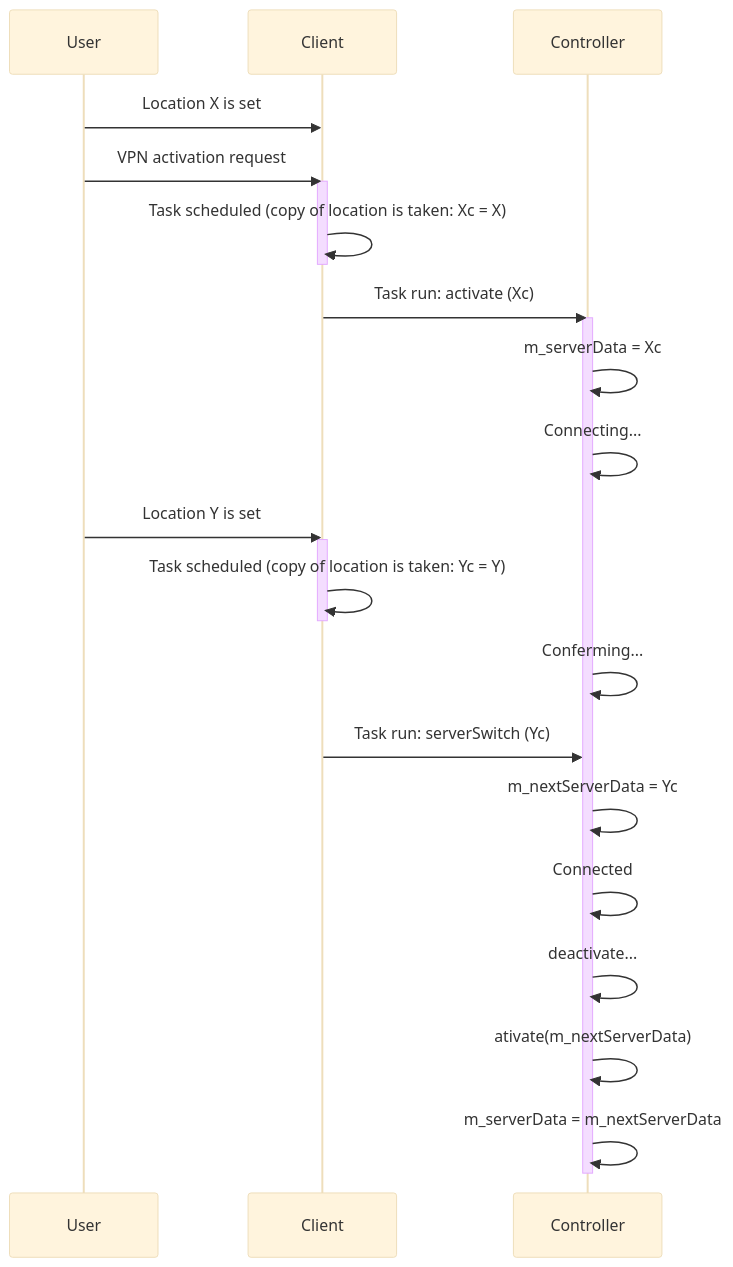
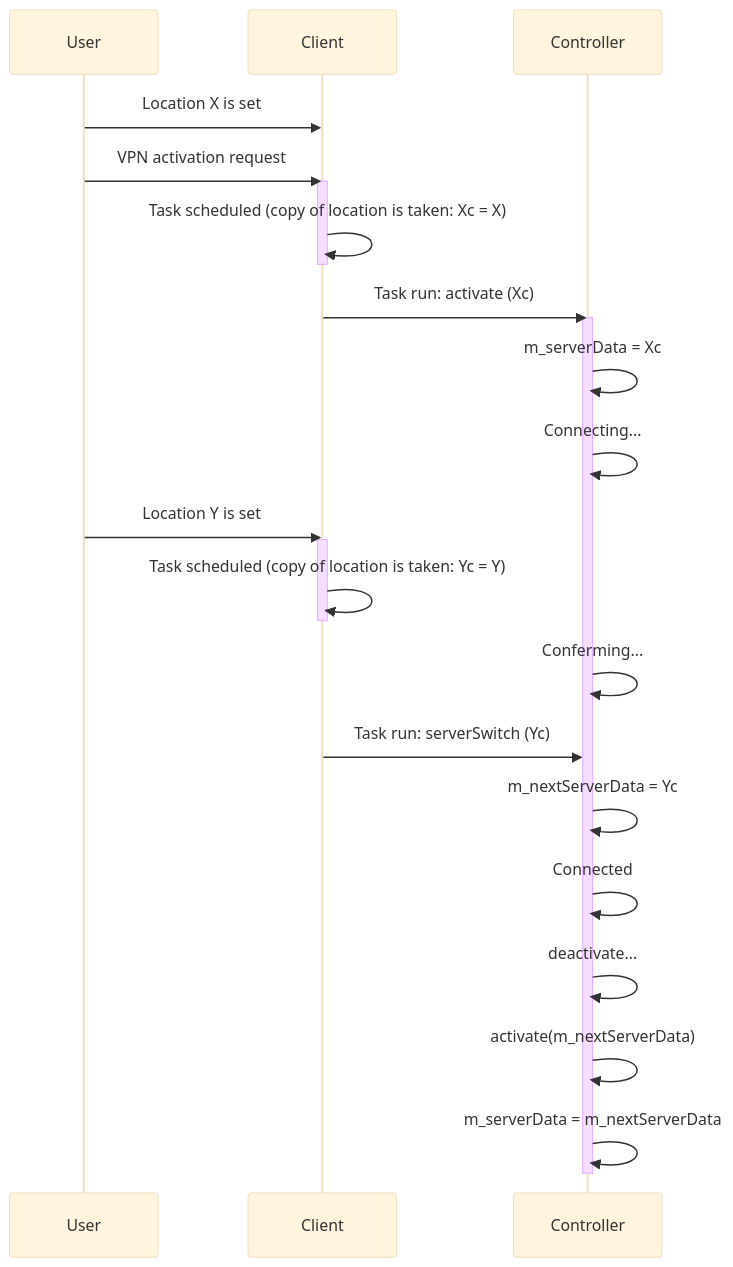
Before and after one commit to mozilla-mobile/mozilla-vpn-client: the diagram in docs/controller.md, drawn with Mermaid (base theme). The commit also changed 2 other files, not shown here.

Commit message:
VPN-5900 do not record metics or send pings for server switch

````diff
--- a/docs/controller.md
+++ b/docs/controller.md
@@ -12,24 +12,24 @@
 ```mermaid
 sequenceDiagram
     User->>Client: Location X is set
     User->>Client: VPN activation request
     activate Client
     Client->>Client: Task scheduled (copy of location is taken: Xc = X)
     deactivate Client
     Client->>Controller: Task run: activate (Xc)
     activate Controller
     Controller->>Controller: m_serverData = Xc
     Controller->>Controller: Connecting...
     User->>Client: Location Y is set
     activate Client
     Client->>Client: Task scheduled (copy of location is taken: Yc = Y)
     deactivate Client
     Controller->>Controller: Conferming...
     Client->>Controller: Task run: serverSwitch (Yc)
     Controller->>Controller: m_nextServerData = Yc
     Controller->>Controller: Connected
     Controller->>Controller: deactivate...
-    Controller->>Controller: ativate(m_nextServerData)
+    Controller->>Controller: activate(m_nextServerData)
     Controller->>Controller: m_serverData = m_nextServerData
     deactivate Controller
 ```
````
